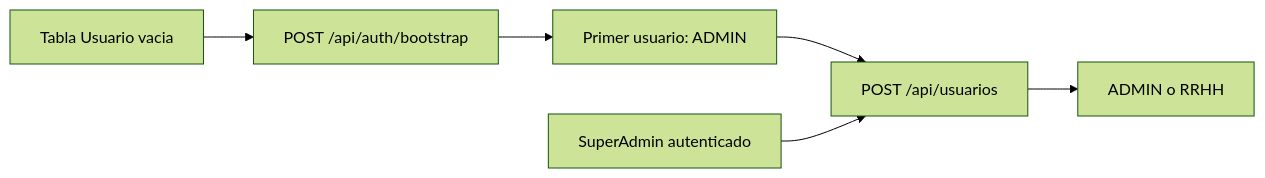
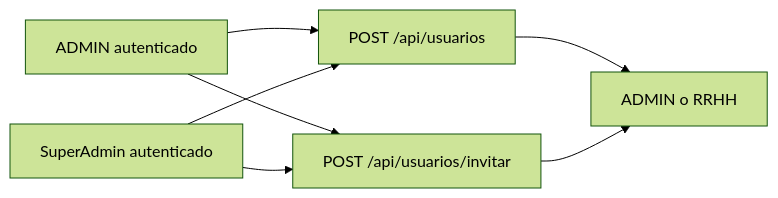
Before and after one commit to SamusSalinas/ControlFichajes.API: the second of 2 diagrams in Documentacion API control de fichadas/API/01-Contrato-y-autenticacion.md, drawn with Mermaid (forest theme). The commit also changed other lines of this file and 6 other files, not shown here.

````diff
--- a/Documentacion API control de fichadas/API/01-Contrato-y-autenticacion.md
+++ b/Documentacion API control de fichadas/API/01-Contrato-y-autenticacion.md
@@ -121,8 +132,9 @@
 ```mermaid
 flowchart LR
-    Empty["Tabla Usuario vacia"] --> Bootstrap["POST /api/auth/bootstrap"]
-    Bootstrap --> Admin["Primer usuario: ADMIN"]
-    Admin --> Create["POST /api/usuarios"]
+    Admin["ADMIN autenticado"] --> Create["POST /api/usuarios"]
+    Admin --> Invite["POST /api/usuarios/invitar"]
     SuperAdmin["SuperAdmin autenticado"] --> Create
+    SuperAdmin --> Invite
     Create --> Roles["ADMIN o RRHH"]
+    Invite --> Roles
 ```
````
